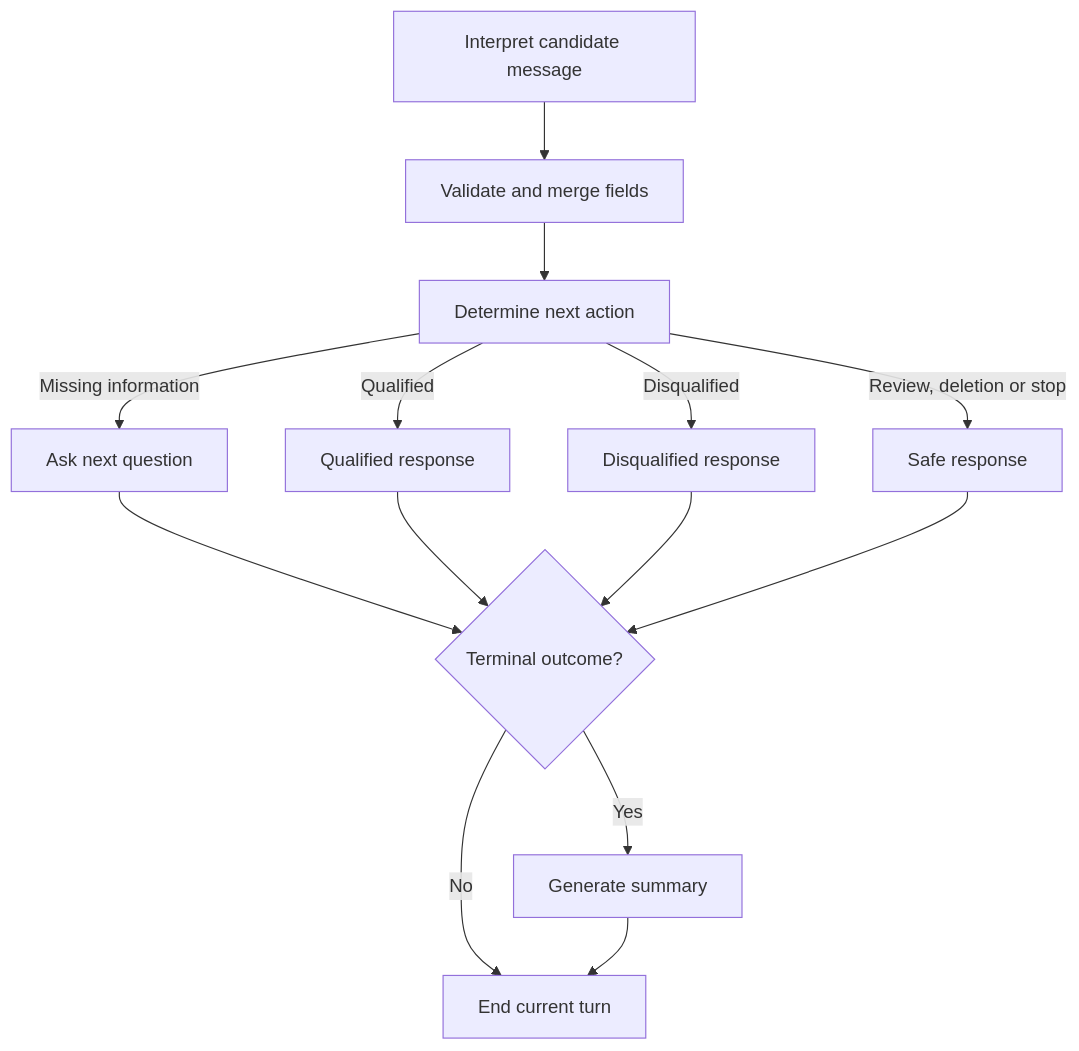
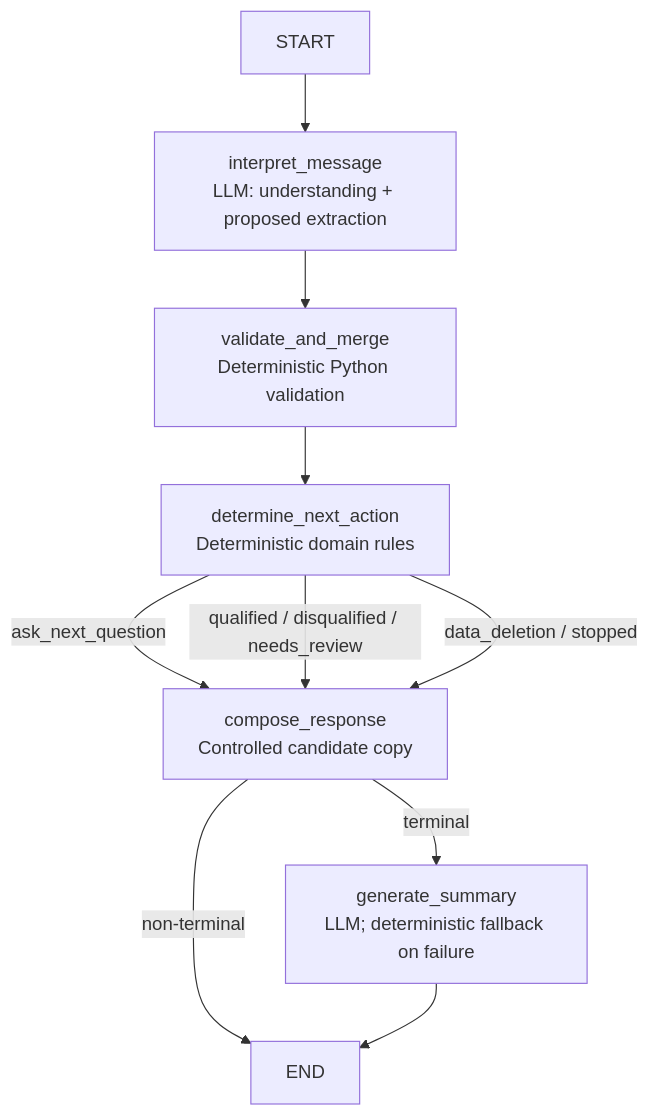
The second of 2 diagrams in docs/ARCHITECTURE_AND_DECISIONS.md (nanoonan123/grupo-sazon-fde), drawn with Mermaid before and after one commit. The commit also changed other lines of this file and 31 other files, not shown here.

````diff
--- a/docs/ARCHITECTURE_AND_DECISIONS.md
+++ b/docs/ARCHITECTURE_AND_DECISIONS.md
@@ -98,16 +115,12 @@
 ```mermaid
 flowchart TD
-    A["Interpret candidate message"] --> B["Validate and merge fields"]
-    B --> C["Determine next action"]
-    C -->|Missing information| D["Ask next question"]
-    C -->|Qualified| E["Qualified response"]
-    C -->|Disqualified| F["Disqualified response"]
-    C -->|Review, deletion or stop| G["Safe response"]
-    D --> H{"Terminal outcome?"}
-    E --> H
-    F --> H
-    G --> H
-    H -->|No| I["End current turn"]
-    H -->|Yes| J["Generate summary"]
-    J --> I
+    START --> I["interpret_message\nLLM: understanding + proposed extraction"]
+    I --> V["validate_and_merge\nDeterministic Python validation"]
+    V --> D["determine_next_action\nDeterministic domain rules"]
+    D -->|ask_next_question| C["compose_response\nControlled candidate copy"]
+    D -->|qualified / disqualified / needs_review| C
+    D -->|data_deletion / stopped| C
+    C -->|non-terminal| END
+    C -->|terminal| S["generate_summary\nLLM; deterministic fallback on failure"]
+    S --> END
 ```
````
